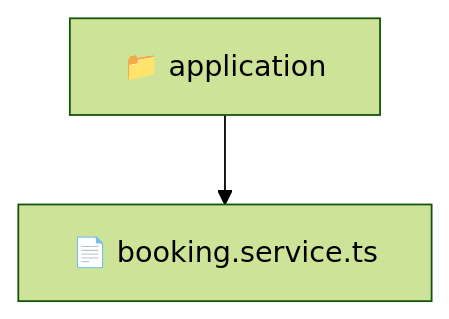
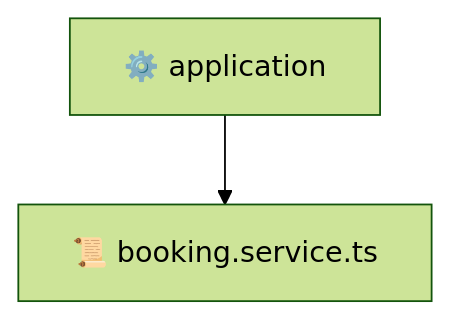
The diagram in backend/src/modules/booking/application/README.md (beginwebdev2002/fullstack-mavluda), drawn with Mermaid (forest theme) before and after one commit. The commit also changed other lines of this file and 163 other files, not shown here.

````diff
--- a/backend/src/modules/booking/application/README.md
+++ b/backend/src/modules/booking/application/README.md
@@ -9,5 +9,5 @@
 ```mermaid
 graph TD
-  Root["📁 application"]
-  Root --> booking_service_ts["📄 booking.service.ts"]
+  application["⚙️ application"]
+  application --> booking_service_ts["📜 booking.service.ts"]
 ```
````
